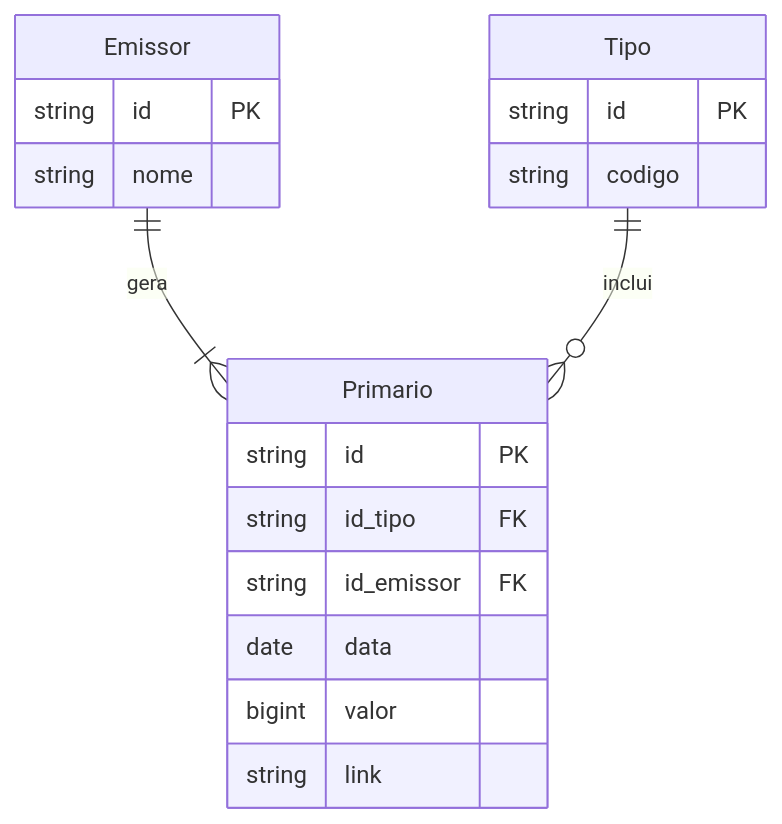
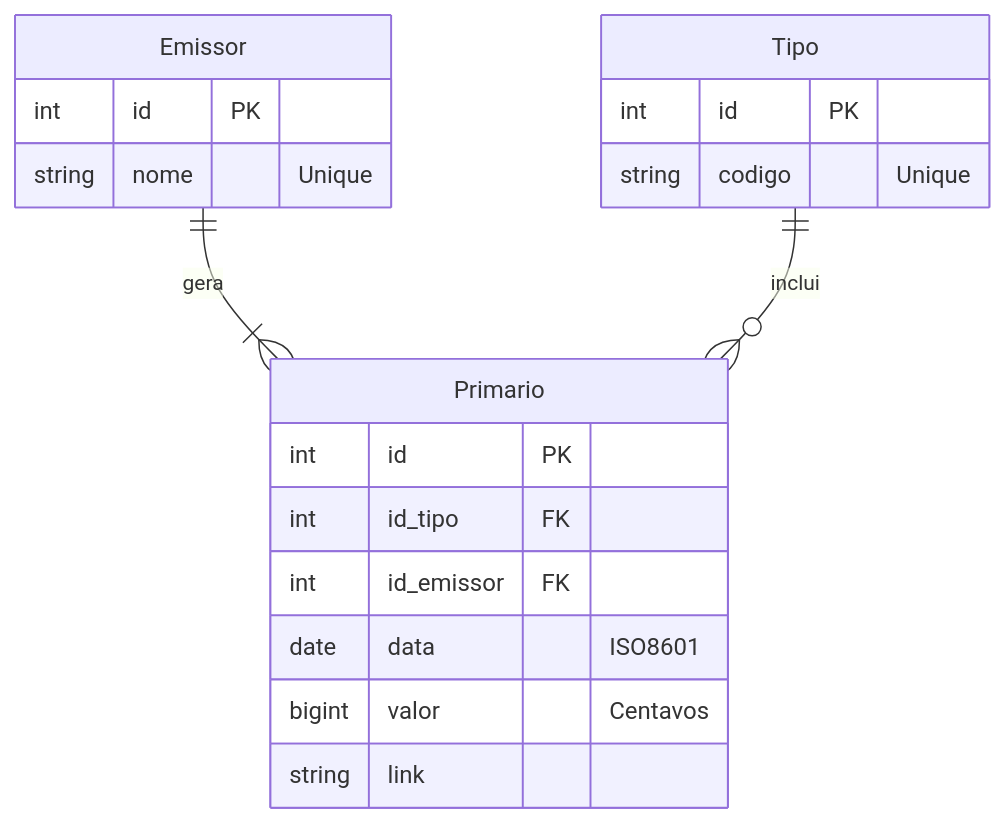
The diagram in README.md (Cerne17/Desafio-Tecnico-JGP), drawn with Mermaid before and after one commit. The commit also changed other lines of this file and 1 other file, not shown here.

````diff
--- a/README.md
+++ b/README.md
@@ -82,21 +100,21 @@
 ```mermaid
 erDiagram
     Emissor ||--|{ Primario : gera
     Tipo ||--o{ Primario : inclui
     Emissor {
-        string id PK
-        string nome
+        int id PK
+        string nome "Unique"
     }
     Tipo {
-        string id PK
-        string codigo
+        int id PK
+        string codigo "Unique"
     }
     Primario {
-        string id PK
-        string id_tipo FK
-        string id_emissor FK
-        date data
-        bigint valor
+        int id PK
+        int id_tipo FK
+        int id_emissor FK
+        date data "ISO8601"
+        bigint valor "Centavos"
         string link 
     }
 ```
````
